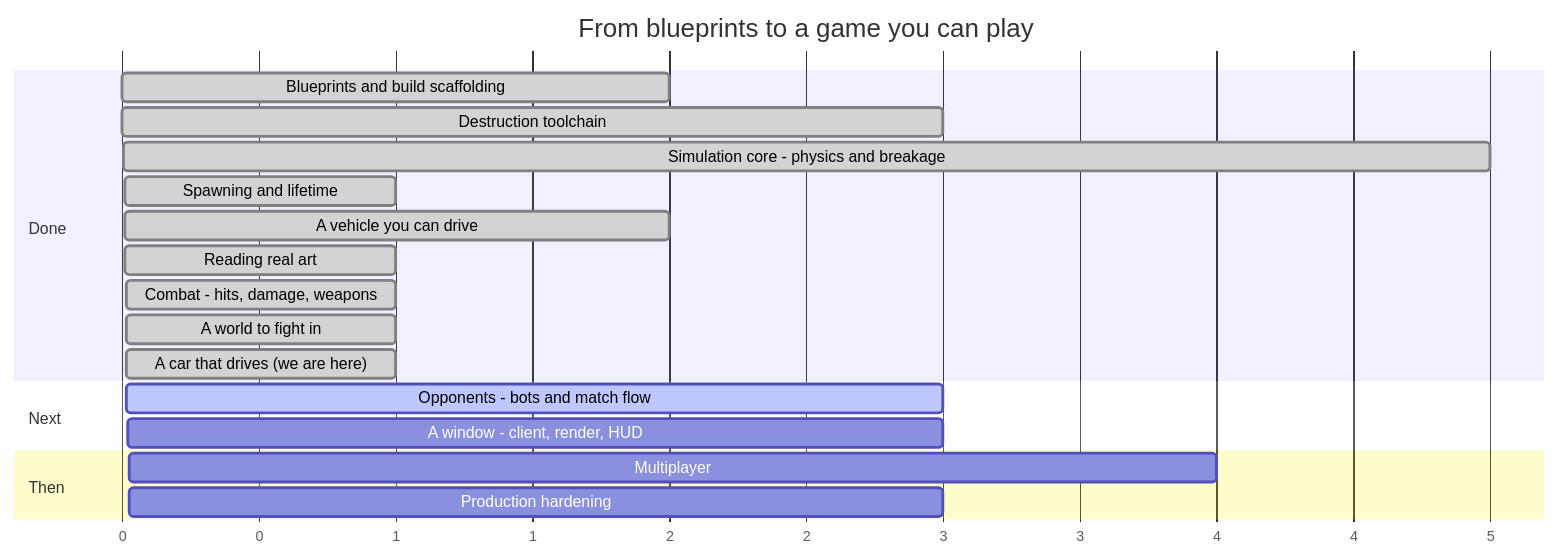
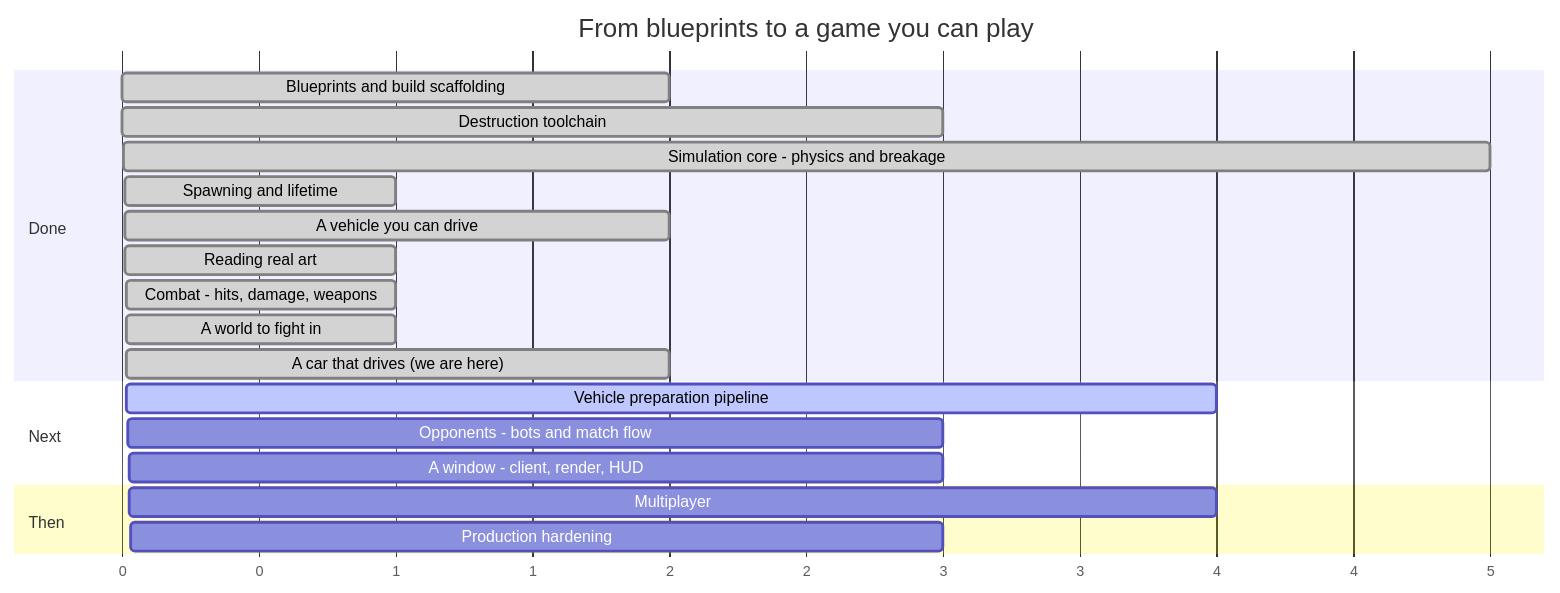
The diagram in ROADMAP.md (RobLobsta/Syndicate), drawn with Mermaid before and after one commit. The commit also changed other lines of this file and 18 other files, not shown here.

````diff
--- a/ROADMAP.md
+++ b/ROADMAP.md
@@ -16,25 +16,26 @@
 ```mermaid
 gantt
     title From blueprints to a game you can play
     dateFormat X
     axisFormat %s
 
     section Done
     Blueprints and build scaffolding        :done, p0, 0, 2
     Destruction toolchain                   :done, p1, 2, 3
     Simulation core - physics and breakage   :done, p2, 5, 5
     Spawning and lifetime                   :done, p3, 10, 1
     A vehicle you can drive                 :done, p4, 11, 2
     Reading real art                        :done, p6a, 13, 1
     Combat - hits, damage, weapons          :done, p5, 14, 1
     A world to fight in                     :done, p6, 15, 1
-    A car that drives  (we are here)        :done, p6b, 16, 1
+    A car that drives  (we are here)        :done, p6b, 16, 2
 
     section Next
-    Opponents - bots and match flow         :active, p8, 17, 3
-    A window - client, render, HUD          :p7, 20, 3
+    Vehicle preparation pipeline            :active, p6c, 18, 4
+    Opponents - bots and match flow         :p8, 22, 3
+    A window - client, render, HUD          :p7, 25, 3
 
     section Then
-    Multiplayer                             :p9, 24, 4
-    Production hardening                    :p10, 28, 3
+    Multiplayer                             :p9, 28, 4
+    Production hardening                    :p10, 32, 3
 ```
````
